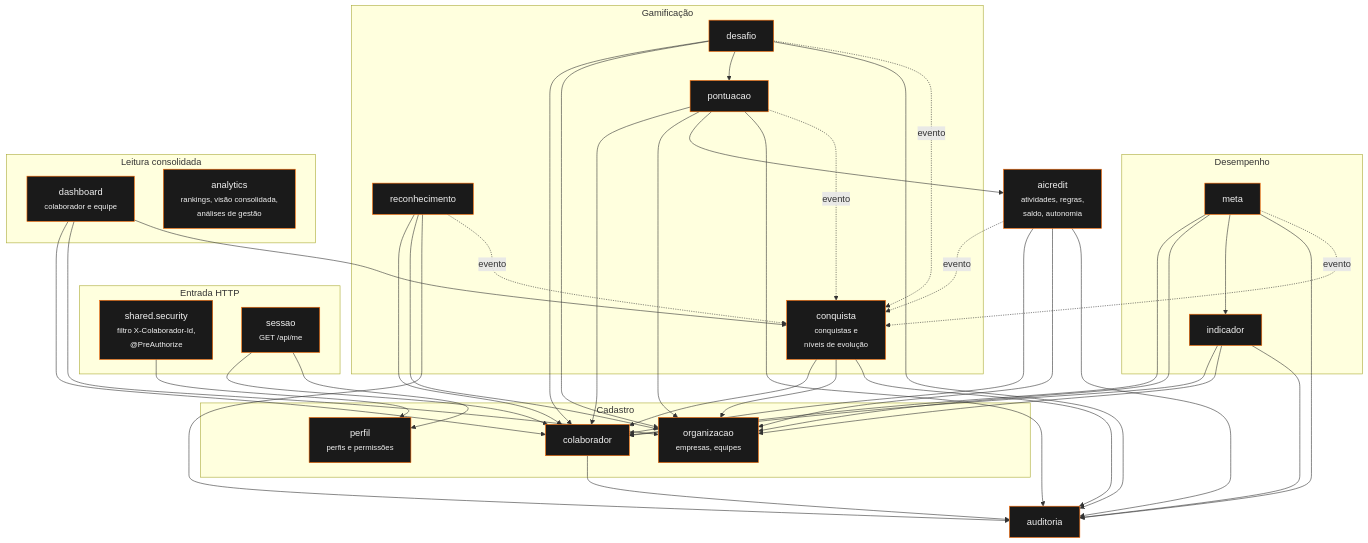
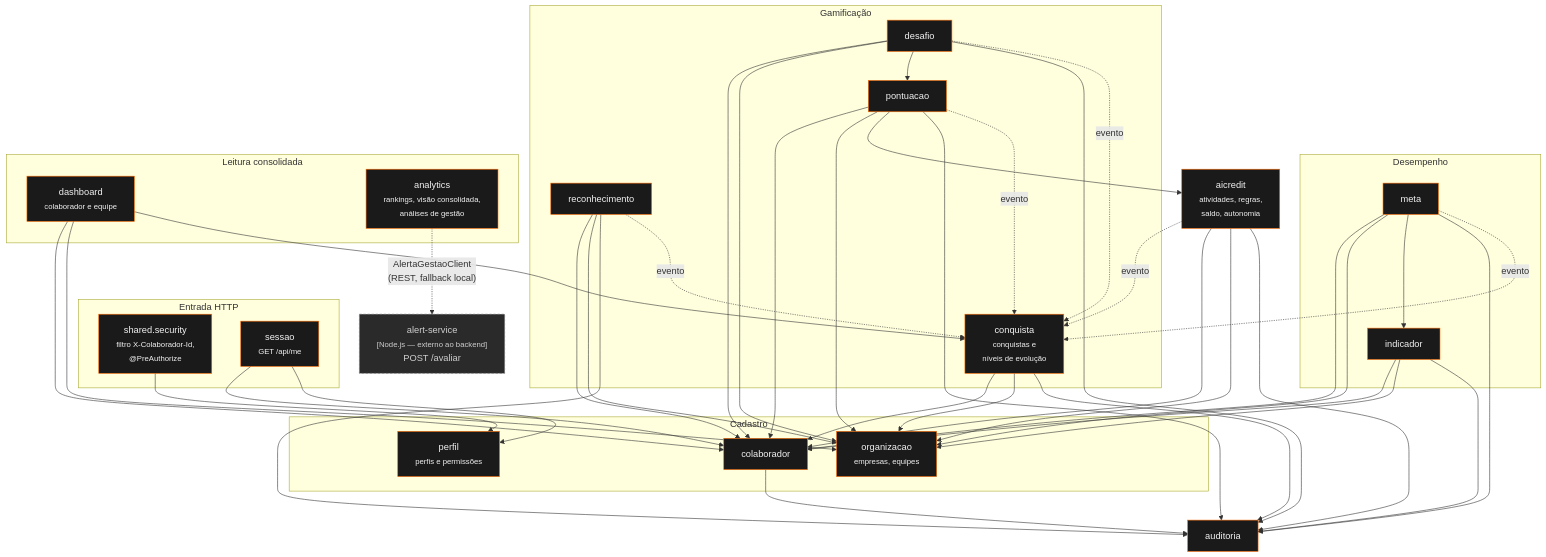
The diagram in docs/arquitetura/c4-3-componentes-backend.md (Quengue/DAMA), drawn with Mermaid before and after one commit. The commit also changed other lines of this file and 27 other files, not shown here.

````diff
--- a/docs/arquitetura/c4-3-componentes-backend.md
+++ b/docs/arquitetura/c4-3-componentes-backend.md
@@ -5,55 +5,61 @@
 ```mermaid
 flowchart TB
     subgraph web["Entrada HTTP"]
         seg["shared.security<br/><small>filtro X-Colaborador-Id,<br/>@PreAuthorize</small>"]
         sessao["sessao<br/><small>GET /api/me</small>"]
     end
 
     subgraph cadastro["Cadastro"]
         org["organizacao<br/><small>empresas, equipes</small>"]
         colab["colaborador"]
         perfil["perfil<br/><small>perfis e permissões</small>"]
     end
 
     subgraph desempenho["Desempenho"]
         ind["indicador"]
         meta["meta"]
     end
 
     subgraph gamificacao["Gamificação"]
         pont["pontuacao"]
         desafio["desafio"]
         rec["reconhecimento"]
         conq["conquista<br/><small>conquistas e<br/>níveis de evolução</small>"]
     end
 
     ai["aicredit<br/><small>atividades, regras,<br/>saldo, autonomia</small>"]
 
     subgraph leitura["Leitura consolidada"]
         dash["dashboard<br/><small>colaborador e equipe</small>"]
         ana["analytics<br/><small>rankings, visão consolidada,<br/>análises de gestão</small>"]
     end
 
     aud["auditoria"]
 
+    alertasvc["alert-service<br/><small>[Node.js — externo ao backend]</small><br/>POST /avaliar"]
+
     seg --> perfil
     sessao --> colab & perfil
     colab --> aud
     ind --> colab & org & aud
     meta --> colab & org & ind & aud
     pont --> colab & org & ai & aud
     desafio --> colab & org & pont & aud
     rec --> colab & org & aud
     ai --> colab & org & aud
     conq --> colab & org & aud
     dash --> colab & org & conq
 
+    ana -. "AlertaGestaoClient<br/>(REST, fallback local)" .-> alertasvc
+
     meta -. evento .-> conq
     pont -. evento .-> conq
     desafio -. evento .-> conq
     rec -. evento .-> conq
     ai -. evento .-> conq
 
     classDef modulo fill:#1a1a1a,stroke:#ff6a00,color:#f2f2f2
     class seg,sessao,org,colab,perfil,ind,meta,pont,desafio,rec,conq,ai,dash,ana,aud modulo
+    classDef externo fill:#2a2a2a,stroke:#777,color:#cfcfcf,stroke-dasharray:4 3
+    class alertasvc externo
 ```
````
